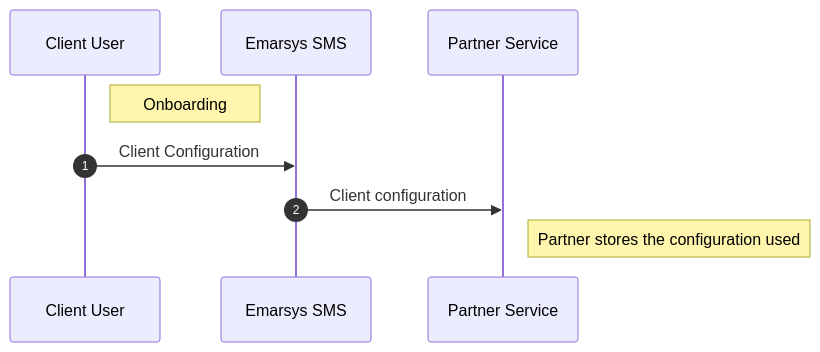
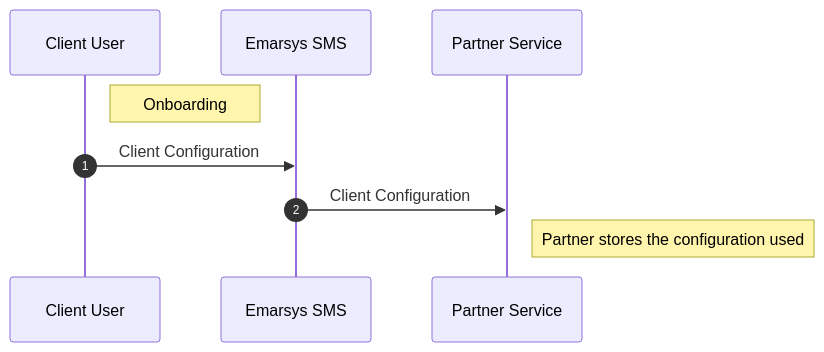
Before and after one commit to emartech/sms-partner-api-spec: the first of 4 diagrams in openapi/sms/v1/docs/readme.md, drawn with Mermaid. The commit also changed other lines of this file and 3 other files, not shown here.

````diff
--- a/openapi/sms/v1/docs/readme.md
+++ b/openapi/sms/v1/docs/readme.md
@@ -93,12 +99,12 @@
 ```mermaid
 sequenceDiagram
   autonumber
   participant Client as Client User
   participant Emarsys as Emarsys SMS
   participant Partner as Partner Service
   Note right of Client: Onboarding
   Client->>Emarsys: Client Configuration
-  Emarsys->>Partner: Client configuration
+  Emarsys->>Partner: Client Configuration
   Note right of Partner: Partner stores the configuration used
 
 ```
````
